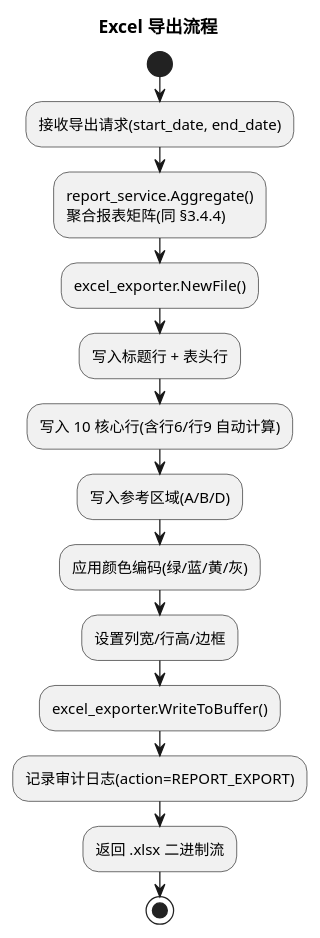
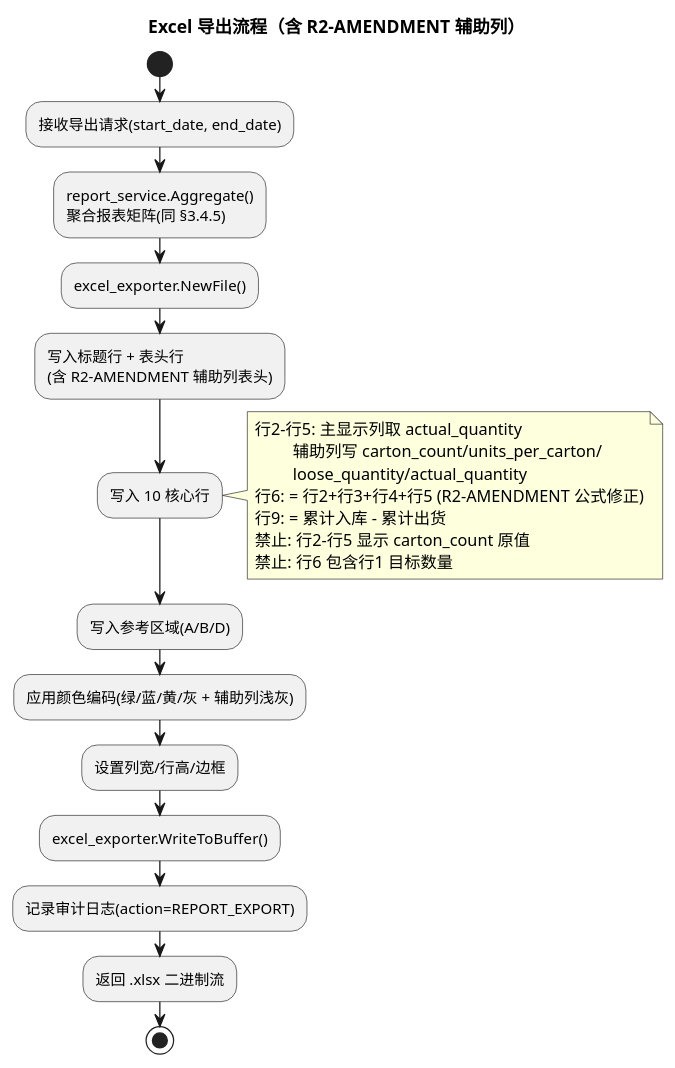
Before and after one commit to wujupeng/HWView: diagram 11 of 14 in .codeartsdoer/specs/hwview_platform/design.md, drawn with PlantUML. The commit also changed other lines of this file and 1 other file, not shown here.

First line of the commit message:
R2-AMENDMENT: quantity=carton_count, actual_quantity=carton_count*units_per_carton+loose_quantity

````diff
--- a/.codeartsdoer/specs/hwview_platform/design.md
+++ b/.codeartsdoer/specs/hwview_platform/design.md
@@ -2353,20 +2634,29 @@
 ```plantuml
 @startuml
-title Excel 导出流程
+title Excel 导出流程（含 R2-AMENDMENT 辅助列）
 
 start
 :接收导出请求(start_date, end_date);
-:report_service.Aggregate()\n聚合报表矩阵(同 §3.4.4);
+:report_service.Aggregate()\n聚合报表矩阵(同 §3.4.5);
 :excel_exporter.NewFile();
-:写入标题行 + 表头行;
-:写入 10 核心行(含行6/行9 自动计算);
+:写入标题行 + 表头行\n(含 R2-AMENDMENT 辅助列表头);
+:写入 10 核心行;
+note right
+  行2-行5: 主显示列取 actual_quantity
+           辅助列写 carton_count/units_per_carton/
+           loose_quantity/actual_quantity
+  行6: = 行2+行3+行4+行5 (R2-AMENDMENT 公式修正)
+  行9: = 累计入库 - 累计出货
+  禁止: 行2-行5 显示 carton_count 原值
+  禁止: 行6 包含行1 目标数量
+end note
 :写入参考区域(A/B/D);
-:应用颜色编码(绿/蓝/黄/灰);
+:应用颜色编码(绿/蓝/黄/灰 + 辅助列浅灰);
 :设置列宽/行高/边框;
 :excel_exporter.WriteToBuffer();
 :记录审计日志(action=REPORT_EXPORT);
 :返回 .xlsx 二进制流;
 stop
 
 @enduml
 ```
````
